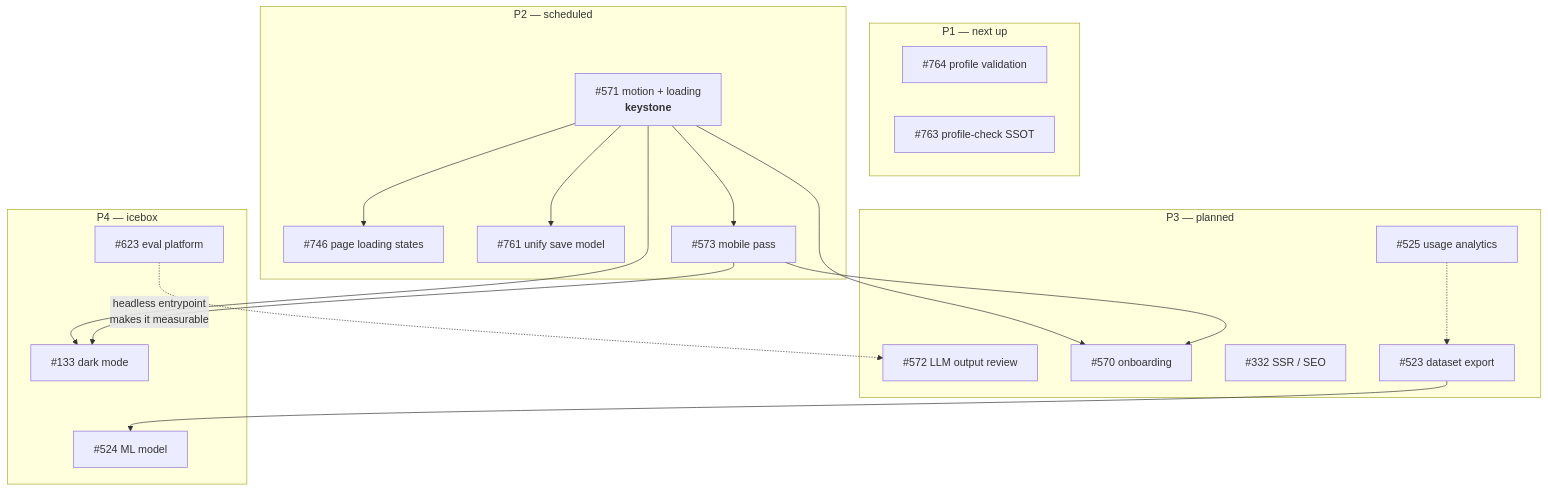
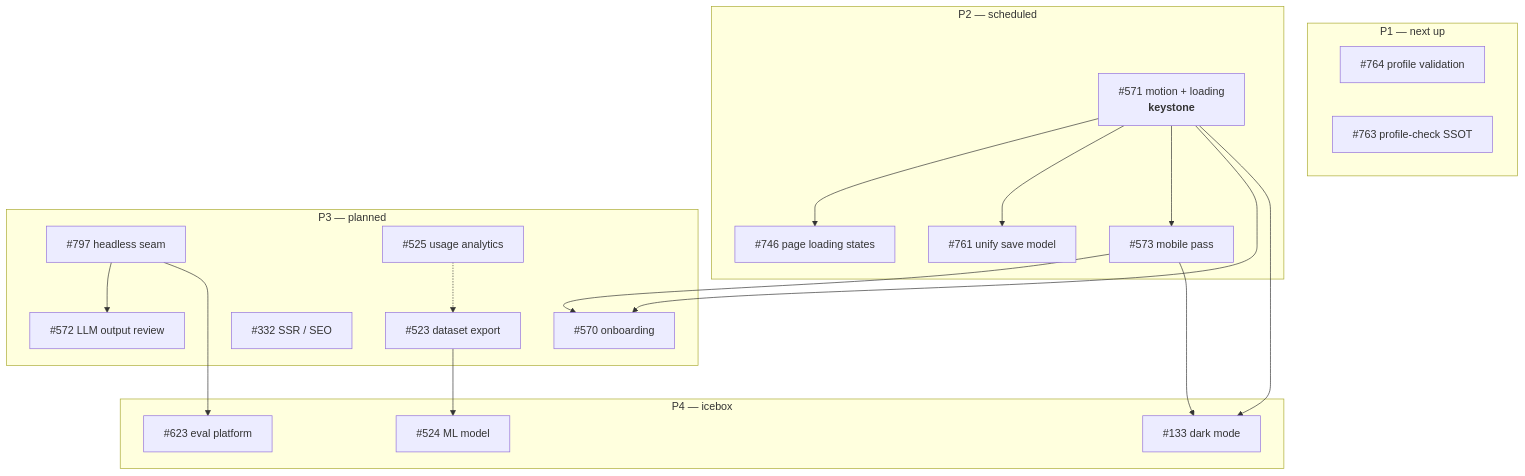
Before and after one commit to Smart-Apply/applo: the diagram in docs/plans/ISSUE_BACKLOG.md, drawn with Mermaid. The commit also changed other lines of this file, not shown here.

````diff
--- a/docs/plans/ISSUE_BACKLOG.md
+++ b/docs/plans/ISSUE_BACKLOG.md
@@ -397,39 +428,41 @@
 ```mermaid
 graph TD
   subgraph P1["P1 — next up"]
     I764["#764 profile validation"]
     I763["#763 profile-check SSOT"]
   end
 
   subgraph P2["P2 — scheduled"]
     I571["#571 motion + loading<br/><b>keystone</b>"]
     I746["#746 page loading states"]
     I761["#761 unify save model"]
     I573["#573 mobile pass"]
   end
 
   subgraph P3["P3 — planned"]
+    I797["#797 headless seam"]
     I572["#572 LLM output review"]
     I570["#570 onboarding"]
     I332["#332 SSR / SEO"]
     I525["#525 usage analytics"]
     I523["#523 dataset export"]
   end
 
   subgraph P4["P4 — icebox"]
     I623["#623 eval platform"]
     I133["#133 dark mode"]
     I524["#524 ML model"]
   end
 
   I571 --> I746
   I571 --> I761
   I571 --> I573
   I571 --> I570
   I573 --> I570
   I571 --> I133
   I573 --> I133
-  I623 -.->|"headless entrypoint<br/>makes it measurable"| I572
+  I797 --> I572
+  I797 --> I623
   I523 --> I524
   I525 -.-> I523
 ```
````
